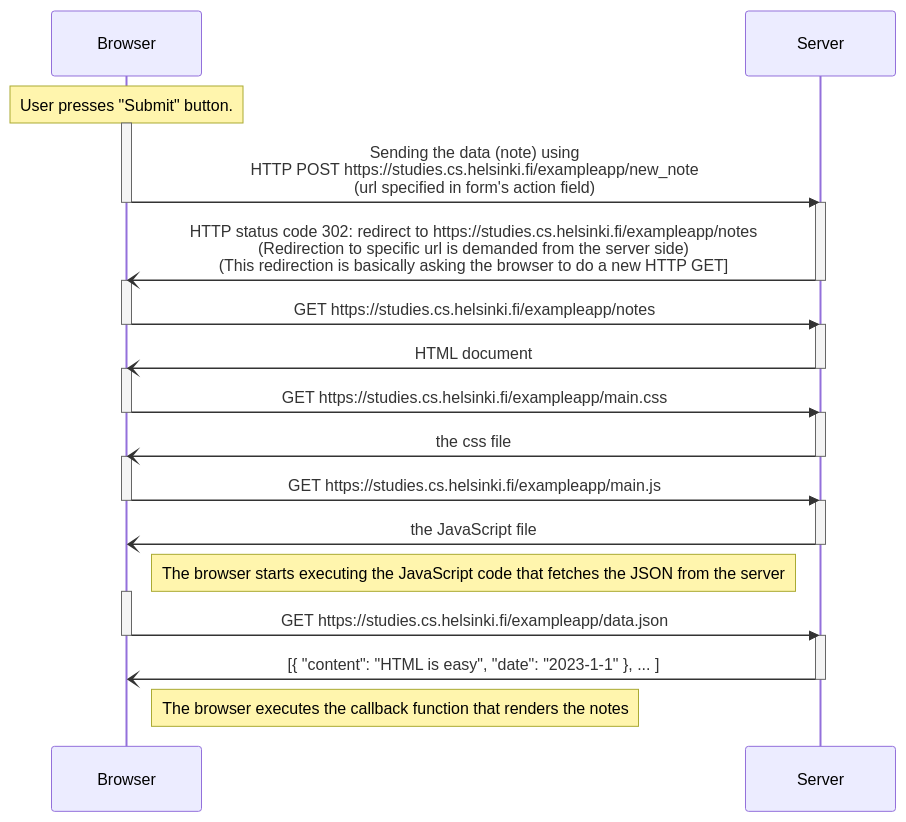
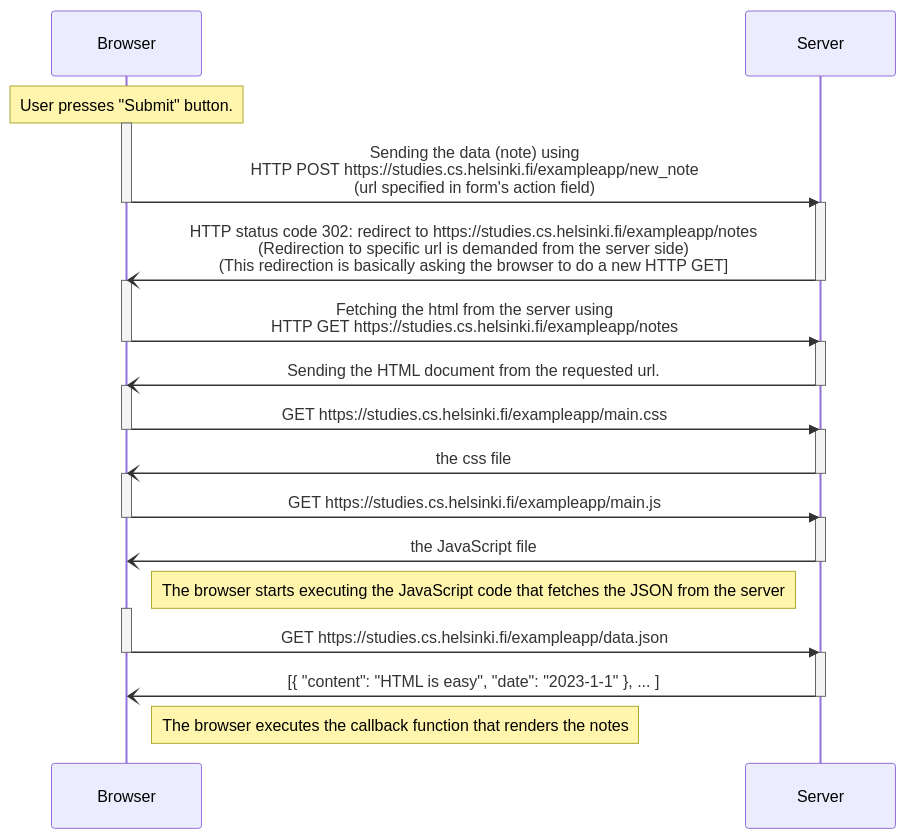
The diagram in part0/excercise0-4.md (szmaragdynia/FullstackLearning), drawn with Mermaid before and after one commit. The commit also changed 1 other file, not shown here.

Commit message:
working on the logic of the sequence diagram

````diff
--- a/part0/excercise0-4.md
+++ b/part0/excercise0-4.md
@@ -1,50 +1,53 @@
 ```mermaid
 
 
 
 sequenceDiagram
     participant b as Browser
     participant s as Server
     
         Note over b: User presses "Submit" button.
     
+
     activate b
         b->>s: Sending the data (note) using <br/> HTTP POST https://studies.cs.helsinki.fi/exampleapp/new_note <br/> (url specified in form's action field) 
     deactivate b
     activate s
         s-)b: HTTP status code 302: redirect to https://studies.cs.helsinki.fi/exampleapp/notes <br/> (Redirection to specific url is demanded from the server side) <br/> (This redirection is basically asking the browser to do a new HTTP GET]
     deactivate s
 
+
     activate b
-        b->>s: GET https://studies.cs.helsinki.fi/exampleapp/notes
+        b->>s: Fetching the html from the server using <br/> HTTP GET https://studies.cs.helsinki.fi/exampleapp/notes
     deactivate b
     activate s
-        s-)b: HTML document
+        s-)b: Sending the HTML document from the requested url.
     deactivate s
+
     
     activate b
         b->>s: GET https://studies.cs.helsinki.fi/exampleapp/main.css
     deactivate b
     activate s
         s-)b: the css file
     deactivate s
     
     activate b
         b->>s: GET https://studies.cs.helsinki.fi/exampleapp/main.js
     deactivate b
     activate s
         s-)b: the JavaScript file
     deactivate s
     
         Note right of b: The browser starts executing the JavaScript code that fetches the JSON from the server
     
     activate b
         b->>s: GET https://studies.cs.helsinki.fi/exampleapp/data.json
     deactivate b
     activate s
         s-)b: [{ "content": "HTML is easy", "date": "2023-1-1" }, ... ]
     deactivate s
 
         Note right of b: The browser executes the callback function that renders the notes
     
 ```
````
